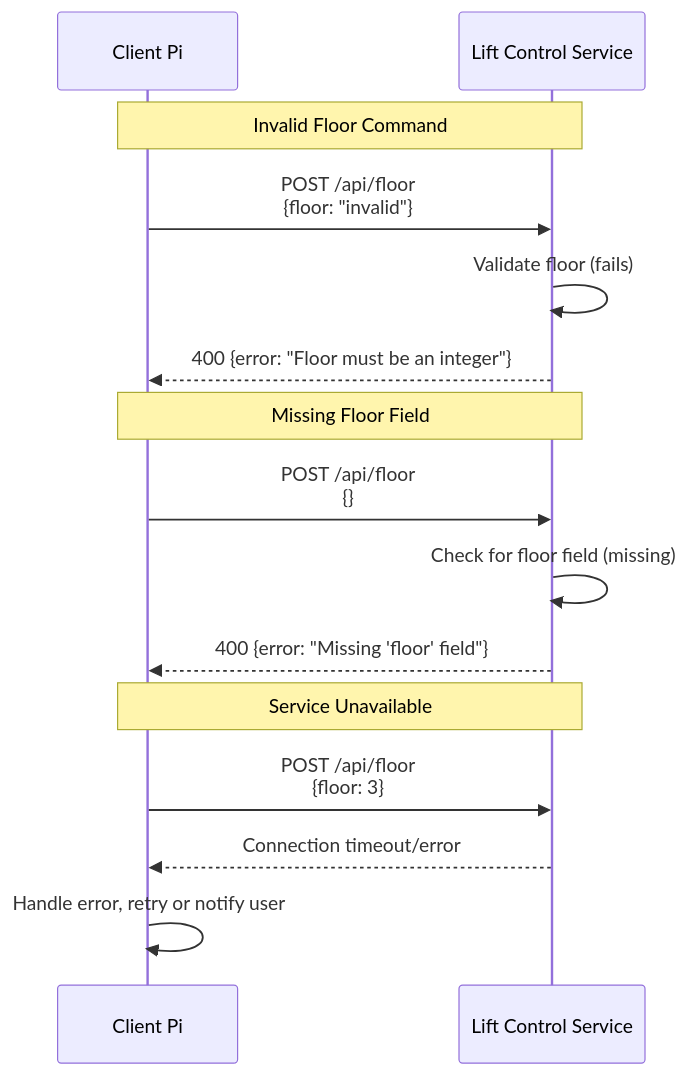
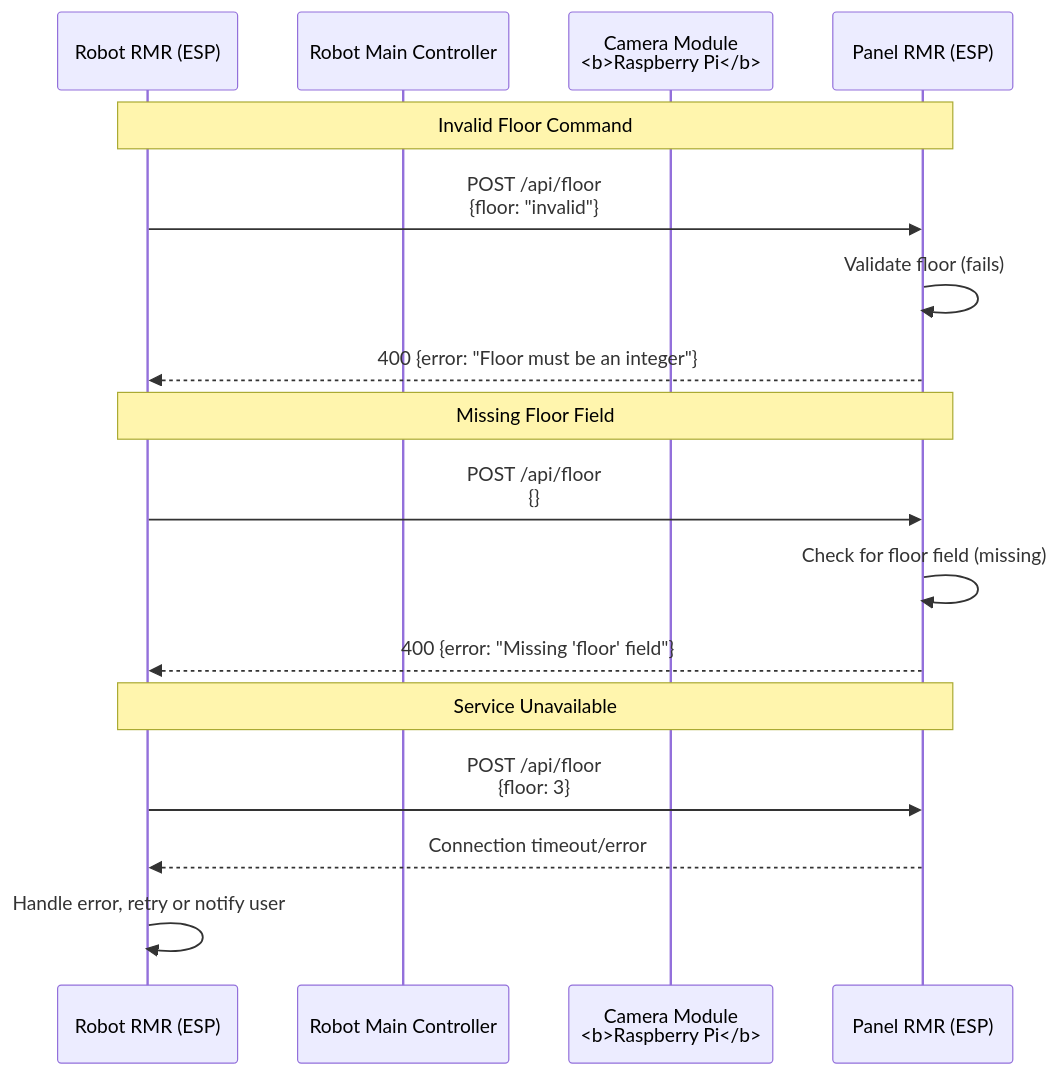
The second of 4 diagrams in sequence_diagram.md (in-is-ah/rmr), drawn with Mermaid before and after one commit. The commit also changed other lines of this file, not shown here.

Commit message:
Update sequence diagram participants and labels

````diff
--- a/sequence_diagram.md
+++ b/sequence_diagram.md
@@ -45,20 +43,22 @@
 ```mermaid
 sequenceDiagram
-    participant ClientPi as Client Pi
-    participant LiftService as Lift Control Service
+    participant ClientPi as Robot RMR (ESP)
+    participant RobotMainController as Robot Main Controller
+    participant CameraModule as Camera Module<br/><b>Raspberry Pi</b>
+    participant LiftService as Panel RMR (ESP)
 
     Note over ClientPi,LiftService: Invalid Floor Command
     ClientPi->>LiftService: POST /api/floor<br/>{floor: "invalid"}
     LiftService->>LiftService: Validate floor (fails)
     LiftService-->>ClientPi: 400 {error: "Floor must be an integer"}
     
     Note over ClientPi,LiftService: Missing Floor Field
     ClientPi->>LiftService: POST /api/floor<br/>{}
     LiftService->>LiftService: Check for floor field (missing)
     LiftService-->>ClientPi: 400 {error: "Missing 'floor' field"}
     
     Note over ClientPi,LiftService: Service Unavailable
     ClientPi->>LiftService: POST /api/floor<br/>{floor: 3}
     LiftService-->>ClientPi: Connection timeout/error
     ClientPi->>ClientPi: Handle error, retry or notify user
 ```
````
